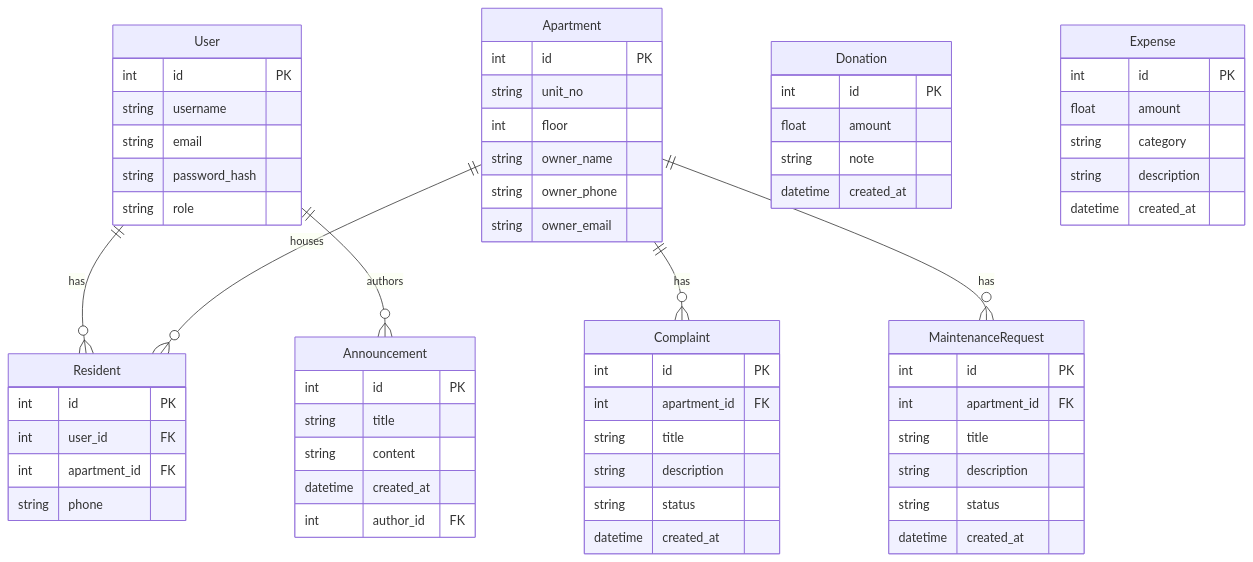
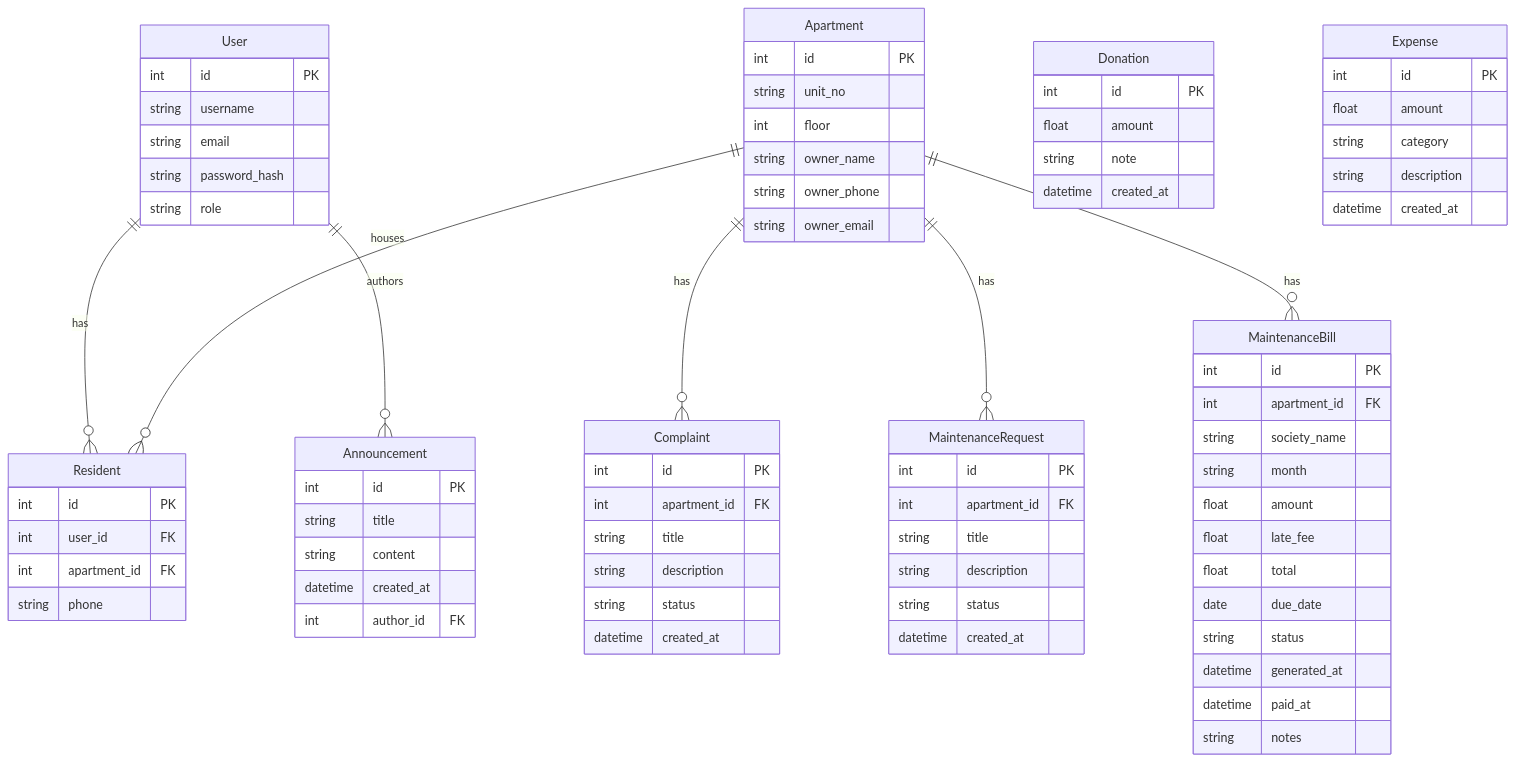
One commit to dev-mbi/apartment changed the first of 4 diagrams in GRAPHIFY.md. Above: the diagram before and after it, drawn with Mermaid. The commit also changed other lines of this file and 8 other files, not shown here.

````diff
--- a/GRAPHIFY.md
+++ b/GRAPHIFY.md
@@ -54,6 +54,21 @@
         int author_id FK
     }
 
+    MaintenanceBill {
+        int id PK
+        int apartment_id FK
+        string society_name
+        string month
+        float amount
+        float late_fee
+        float total
+        date due_date
+        string status
+        datetime generated_at
+        datetime paid_at
+        string notes
+    }
+
     Donation {
         int id PK
         float amount
@@ -74,4 +89,5 @@
     Apartment ||--o{ Resident : "houses"
     Apartment ||--o{ Complaint : "has"
     Apartment ||--o{ MaintenanceRequest : "has"
+    Apartment ||--o{ MaintenanceBill : "has"
 ```
````
